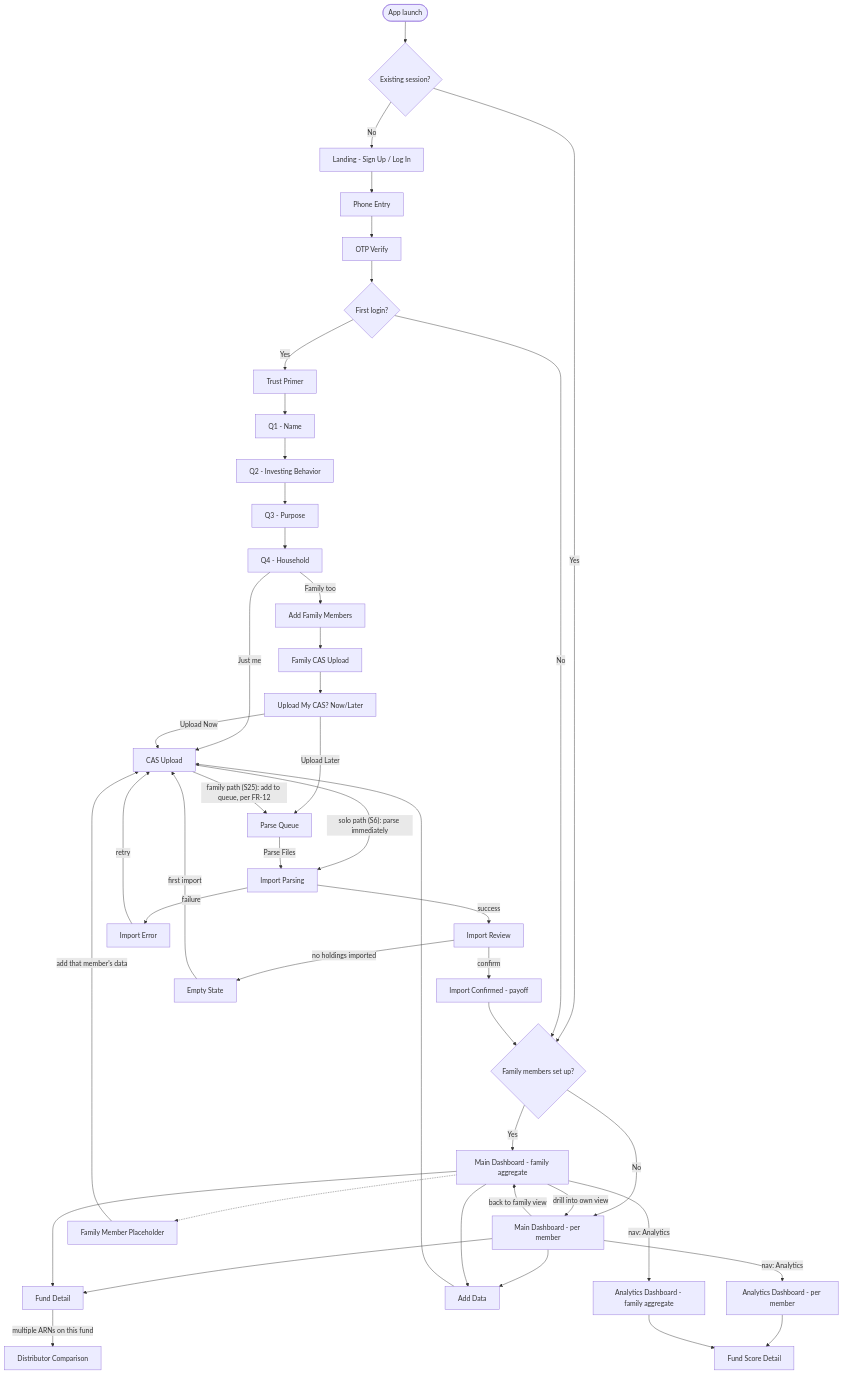
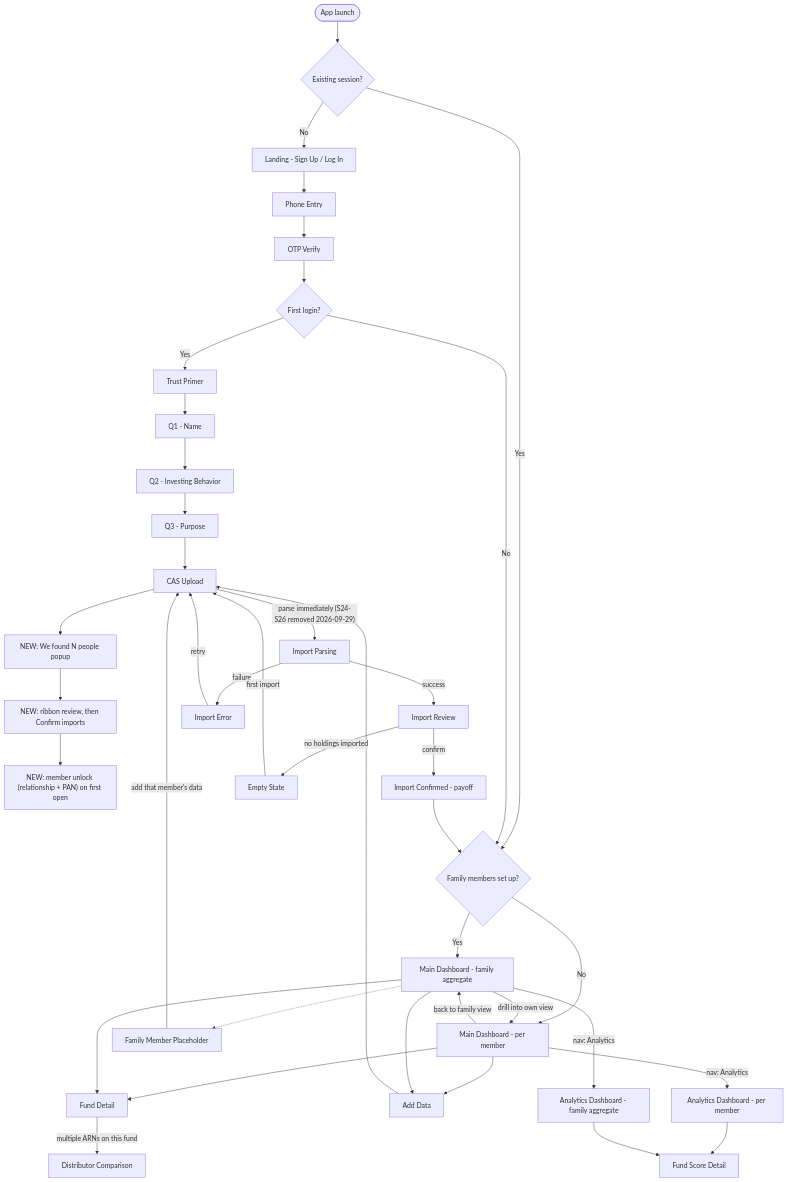
One commit to ayushkarnawat/MVP_V1_MF_only changed the first of 4 diagrams in Docs/PRDs/App-Flow-Unifolio.md. Above: the diagram before and after it, drawn with Mermaid. The commit also changed other lines of this file and 13 other files, not shown here.

Commit message:
docs: update PRDs, schema specs, and architecture decisions for CAS member detection

````diff
--- a/Docs/PRDs/App-Flow-Unifolio.md
+++ b/Docs/PRDs/App-Flow-Unifolio.md
@@ -56,54 +56,49 @@
 ```mermaid
 %% Top-level navigation: first-time signup through ongoing use
 flowchart TD
     Start(["App launch"]) --> HasSession{"Existing session?"}
     HasSession -- No --> S23["Landing - Sign Up / Log In"]
     HasSession -- Yes --> HasFamily{"Family members set up?"}
     HasFamily -- Yes --> S14["Main Dashboard - family aggregate"]
     HasFamily -- No --> S13["Main Dashboard - per member"]
 
     S23 --> S0["Phone Entry"]
     S0 --> S1["OTP Verify"]
     S1 --> FirstLogin{"First login?"}
     FirstLogin -- Yes --> S2["Trust Primer"]
     FirstLogin -- No --> HasFamily
 
     S2 --> S3["Q1 - Name"]
     S3 --> S4["Q2 - Investing Behavior"]
     S4 --> S5["Q3 - Purpose"]
-    S5 --> S6["Q4 - Household"]
-    S6 -- "Just me" --> S8["CAS Upload"]
-    S6 -- "Family too" --> S7["Add Family Members"]
-    S7 --> S24["Family CAS Upload"]
-    S24 --> S25["Upload My CAS? Now/Later"]
-    S25 -- "Upload Now" --> S8
-    S25 -- "Upload Later" --> S26["Parse Queue"]
+    S5 --> S8["CAS Upload"]
+    S8 --> P1["NEW: We found N people popup"]
+    P1 --> P2["NEW: ribbon review, then Confirm imports"]
+    P2 --> P3["NEW: member unlock (relationship + PAN) on first open"]
 
-    S8 -- "solo path (S6): parse immediately" --> S9["Import Parsing"]
-    S8 -- "family path (S25): add to queue, per FR-12" --> S26
-    S26 -- "Parse Files" --> S9
+    S8 -- "parse immediately (S24-S26 removed 2026-09-29)" --> S9["Import Parsing"]
     S9 -- success --> S10["Import Review"]
     S9 -- failure --> S11["Import Error"]
     S11 -- retry --> S8
     S10 -- confirm --> S12["Import Confirmed - payoff"]
     S10 -- "no holdings imported" --> S21["Empty State"]
     S12 --> HasFamily
 
     S14 -- "drill into own view" --> S13
     S13 -- "back to family view" --> S14
     S13 --> S15["Fund Detail"]
     S14 --> S15
     S13 --> S16["Add Data"]
     S14 --> S16
     S16 --> S8
     S15 -- "multiple ARNs on this fund" --> S17["Distributor Comparison"]
 
     S13 -- "nav: Analytics" --> S18["Analytics Dashboard - per member"]
     S14 -- "nav: Analytics" --> S19["Analytics Dashboard - family aggregate"]
     S18 --> S20["Fund Score Detail"]
     S19 --> S20
 
     S21 -- "first import" --> S8
     S14 -.-> S22["Family Member Placeholder"]
     S22 -- "add that member's data" --> S8
 ```
````
